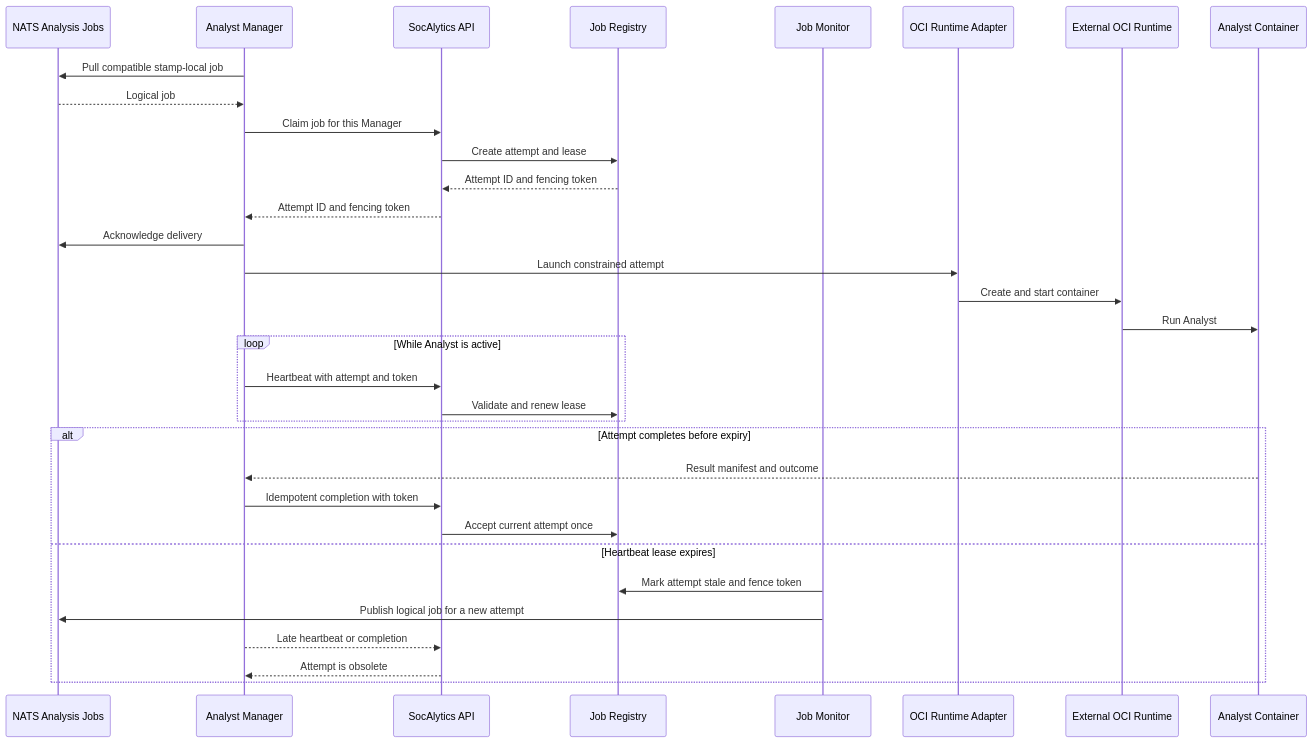
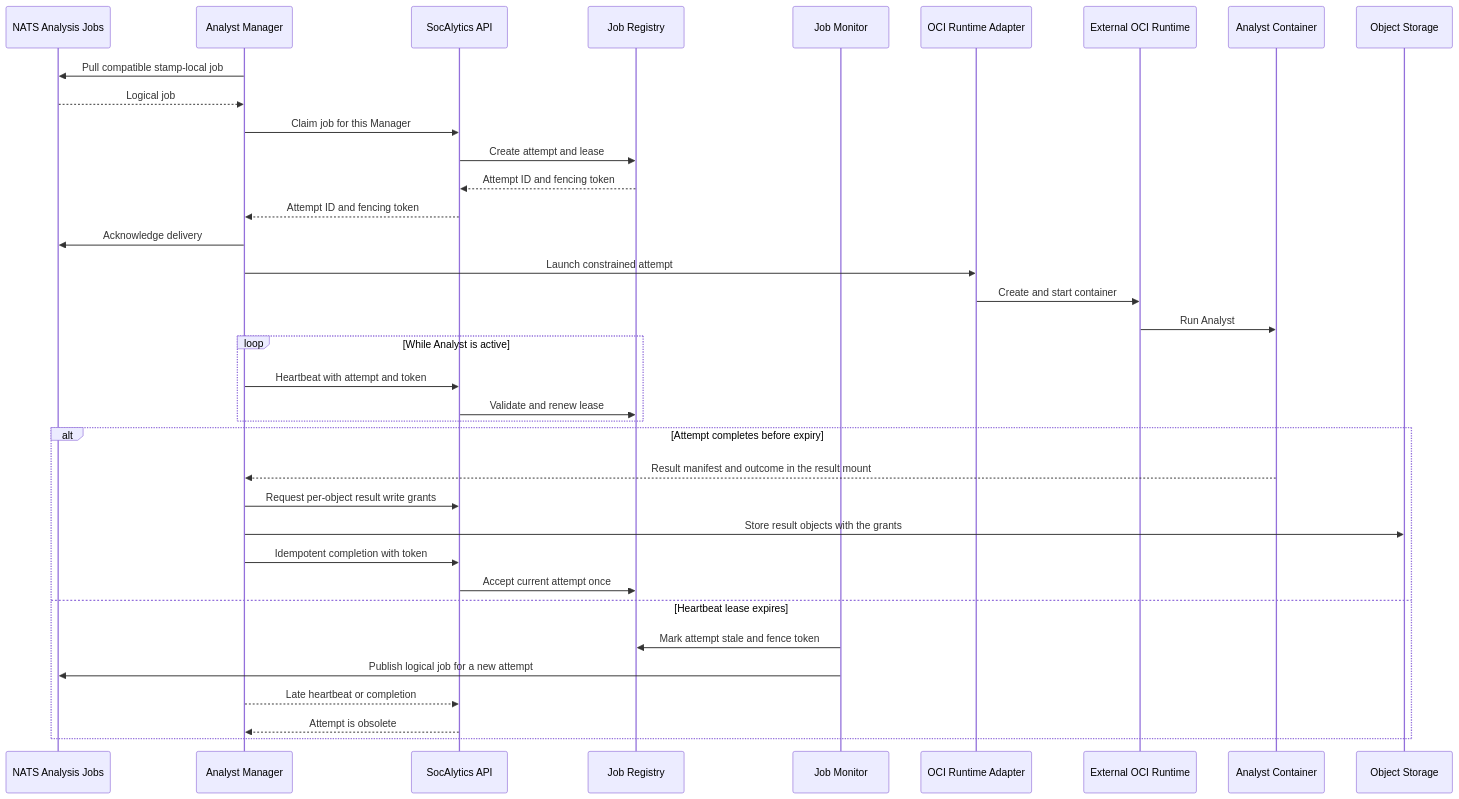
The diagram in docs/architecture/analyst-runtime-and-recovery.md (markusheiliger/socalytics), drawn with Mermaid before and after one commit. The commit also changed other lines of this file and 13 other files, not shown here.

````diff
--- a/docs/architecture/analyst-runtime-and-recovery.md
+++ b/docs/architecture/analyst-runtime-and-recovery.md
@@ -169,36 +171,39 @@
 ```mermaid
 sequenceDiagram
     participant Jobs as NATS Analysis Jobs
     participant Manager as Analyst Manager
     participant API as SocAlytics API
     participant Registry as Job Registry
     participant Monitor as Job Monitor
     participant Adapter as OCI Runtime Adapter
     participant Runtime as External OCI Runtime
     participant Analyst as Analyst Container
+    participant Storage as Object Storage
 
     Manager->>Jobs: Pull compatible stamp-local job
     Jobs-->>Manager: Logical job
     Manager->>API: Claim job for this Manager
     API->>Registry: Create attempt and lease
     Registry-->>API: Attempt ID and fencing token
     API-->>Manager: Attempt ID and fencing token
     Manager->>Jobs: Acknowledge delivery
     Manager->>Adapter: Launch constrained attempt
     Adapter->>Runtime: Create and start container
     Runtime->>Analyst: Run Analyst
     loop While Analyst is active
         Manager->>API: Heartbeat with attempt and token
         API->>Registry: Validate and renew lease
     end
     alt Attempt completes before expiry
-        Analyst-->>Manager: Result manifest and outcome
+        Analyst-->>Manager: Result manifest and outcome in the result mount
+        Manager->>API: Request per-object result write grants
+        Manager->>Storage: Store result objects with the grants
         Manager->>API: Idempotent completion with token
         API->>Registry: Accept current attempt once
     else Heartbeat lease expires
         Monitor->>Registry: Mark attempt stale and fence token
         Monitor->>Jobs: Publish logical job for a new attempt
         Manager-->>API: Late heartbeat or completion
         API-->>Manager: Attempt is obsolete
     end
 ```
````
